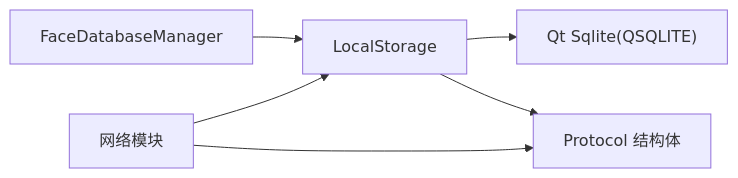
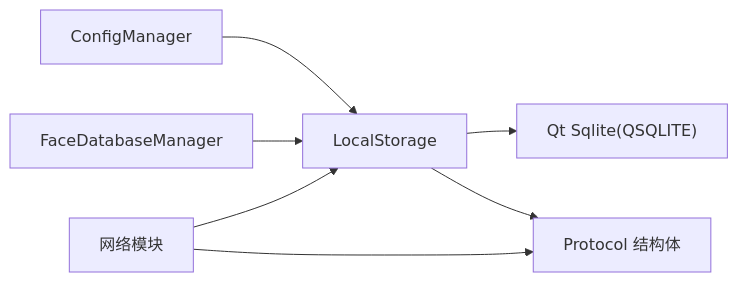
Before and after one commit to HeQiTZD/Triple-terminal-Attendance-Punching-System: the eighth of 8 diagrams in .qoder/repowiki/zh/content/核心模块/本地存储模块.md, drawn with Mermaid. The commit also changed other lines of this file and 44 other files, not shown here.

````diff
--- a/.qoder/repowiki/zh/content/核心模块/本地存储模块.md
+++ b/.qoder/repowiki/zh/content/核心模块/本地存储模块.md
@@ -289,8 +341,9 @@
 ```mermaid
 graph LR
-LS["LocalStorage"] --> QTSQL["Qt Sqlite(QSQLITE)"]
+CFG["ConfigManager"] --> LS["LocalStorage"]
+LS --> QTSQL["Qt Sqlite(QSQLITE)"]
 LS --> PROTO["Protocol 结构体"]
 FRM["FaceDatabaseManager"] --> LS
 NET["网络模块"] --> PROTO
 NET --> LS
 ```
````
